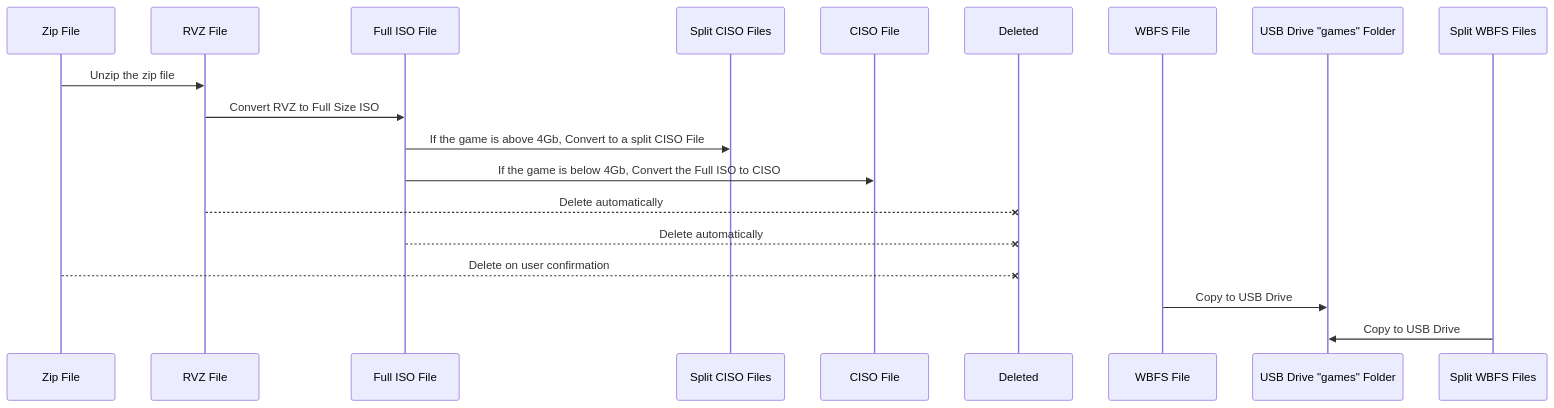
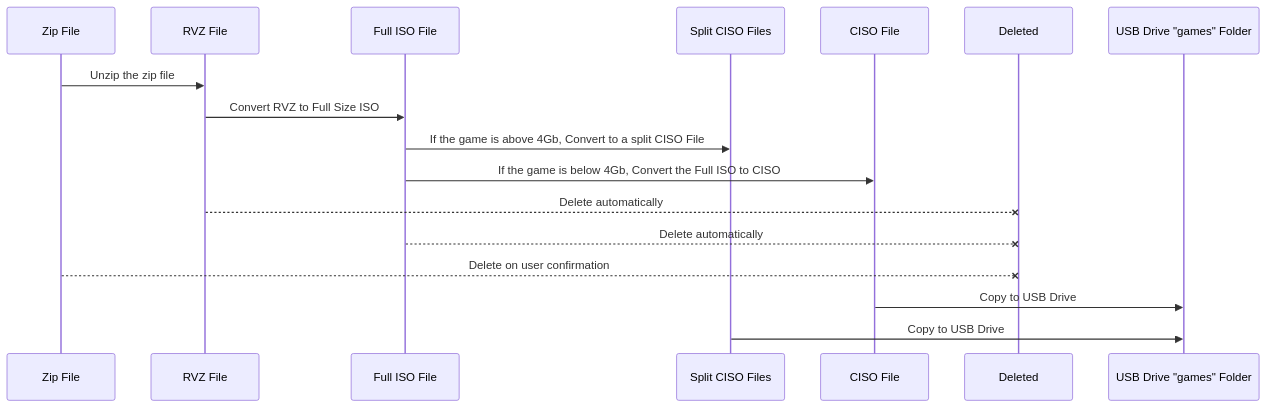
Before and after one commit to mowglixx/WiiBackupCliTools: the second of 2 diagrams in README.md, drawn with Mermaid.

Commit message:
fixed mermaid diagram typo in GameCube games flow

````diff
--- a/README.md
+++ b/README.md
@@ -42,16 +42,16 @@
 ```mermaid
 sequenceDiagram
     # Automated Actions
     Zip File ->> RVZ File: Unzip the zip file
     RVZ File ->> Full ISO File: Convert RVZ to Full Size ISO
     Full ISO File ->> Split CISO Files: If the game is above 4Gb, Convert to a split CISO File 
     Full ISO File ->> CISO File: If the game is below 4Gb, Convert the Full ISO to CISO
     RVZ File --x Deleted: Delete automatically
     Full ISO File --x Deleted: Delete automatically
     Zip File --x Deleted: Delete on user confirmation
 
 
     # User Actions
-    WBFS File ->> USB Drive "games" Folder: Copy to USB Drive
-    Split WBFS Files ->> USB Drive "games" Folder: Copy to USB Drive
+    CISO File ->> USB Drive "games" Folder: Copy to USB Drive
+    Split CISO Files ->> USB Drive "games" Folder: Copy to USB Drive
 ```
````
